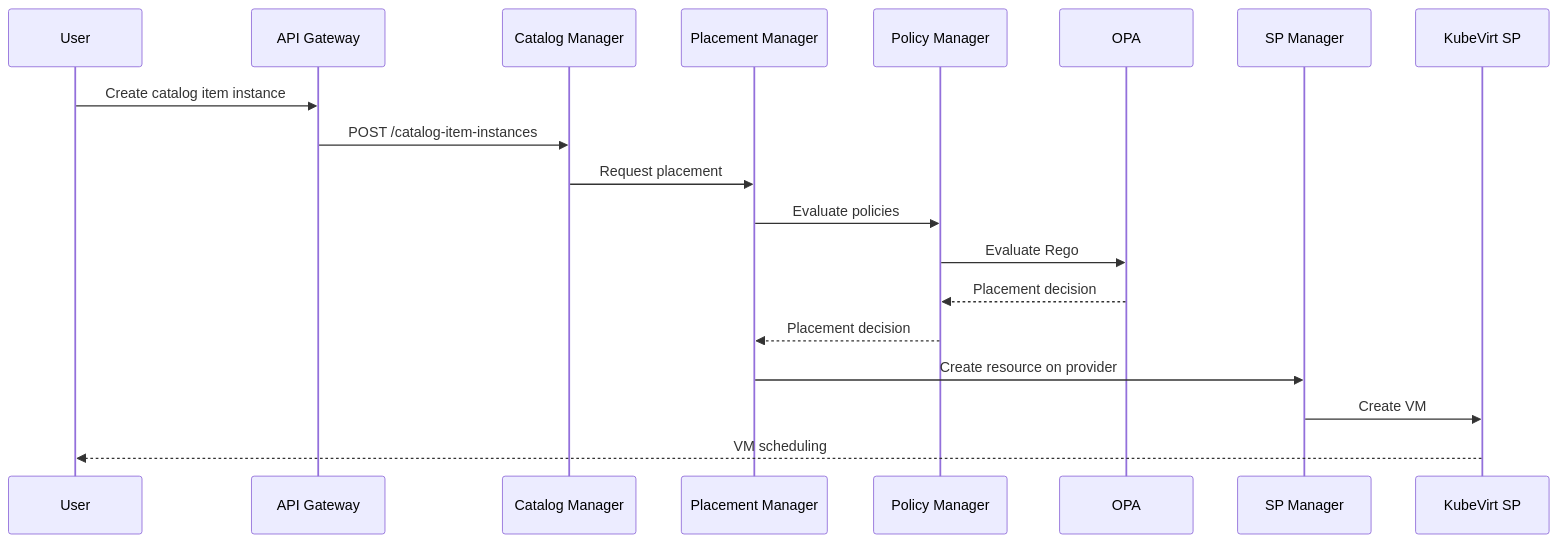
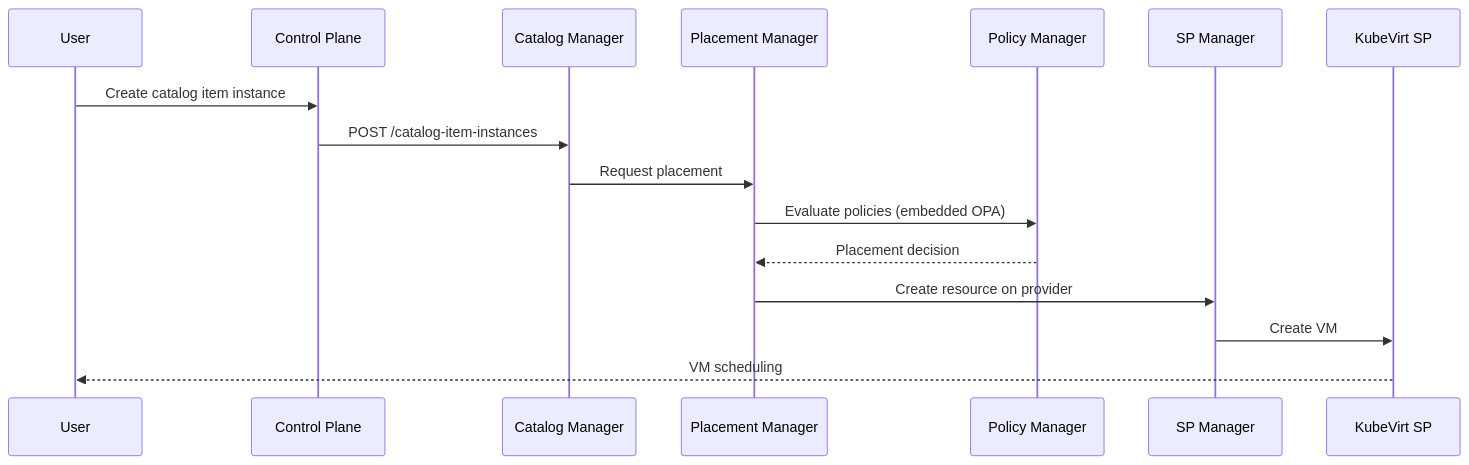
The second of 2 diagrams in content/docs/getting-started/architecture.md (dcm-project/dcm-project.github.io), drawn with Mermaid before and after one commit. The commit also changed other lines of this file and 22 other files, not shown here.

First line of the commit message:
Update docs for control-plane monolith (#19)

````diff
--- a/content/docs/getting-started/architecture.md
+++ b/content/docs/getting-started/architecture.md
@@ -74,22 +69,19 @@
 ```mermaid
 sequenceDiagram
     participant User
-    participant GW as API Gateway
+    participant CP as Control Plane
     participant CM as Catalog Manager
     participant PLM as Placement Manager
     participant PM as Policy Manager
-    participant OPA
     participant SPM as SP Manager
     participant SP as KubeVirt SP
 
-    User->>GW: Create catalog item instance
-    GW->>CM: POST /catalog-item-instances
+    User->>CP: Create catalog item instance
+    CP->>CM: POST /catalog-item-instances
     CM->>PLM: Request placement
-    PLM->>PM: Evaluate policies
-    PM->>OPA: Evaluate Rego
-    OPA-->>PM: Placement decision
+    PLM->>PM: Evaluate policies (embedded OPA)
     PM-->>PLM: Placement decision
     PLM->>SPM: Create resource on provider
     SPM->>SP: Create VM
     SP-->>User: VM scheduling
 ```
````
